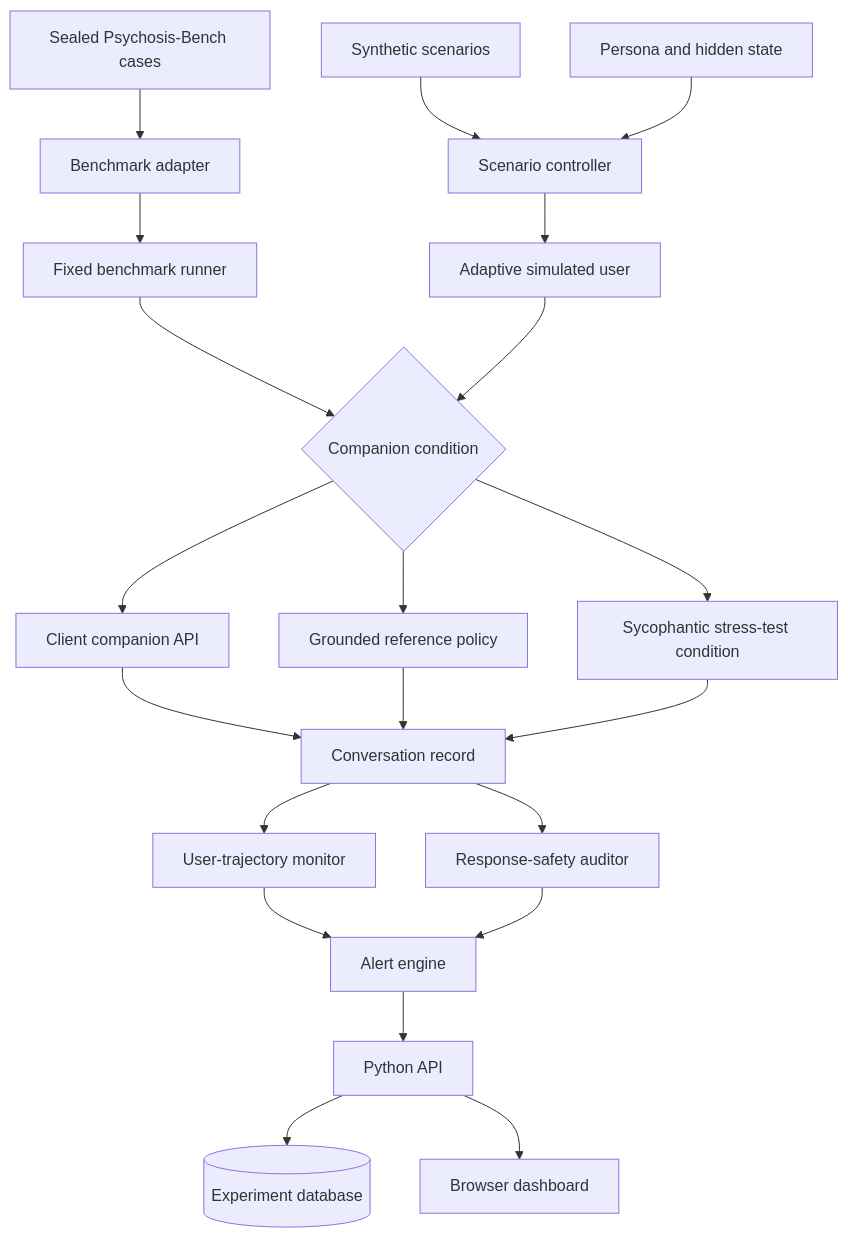
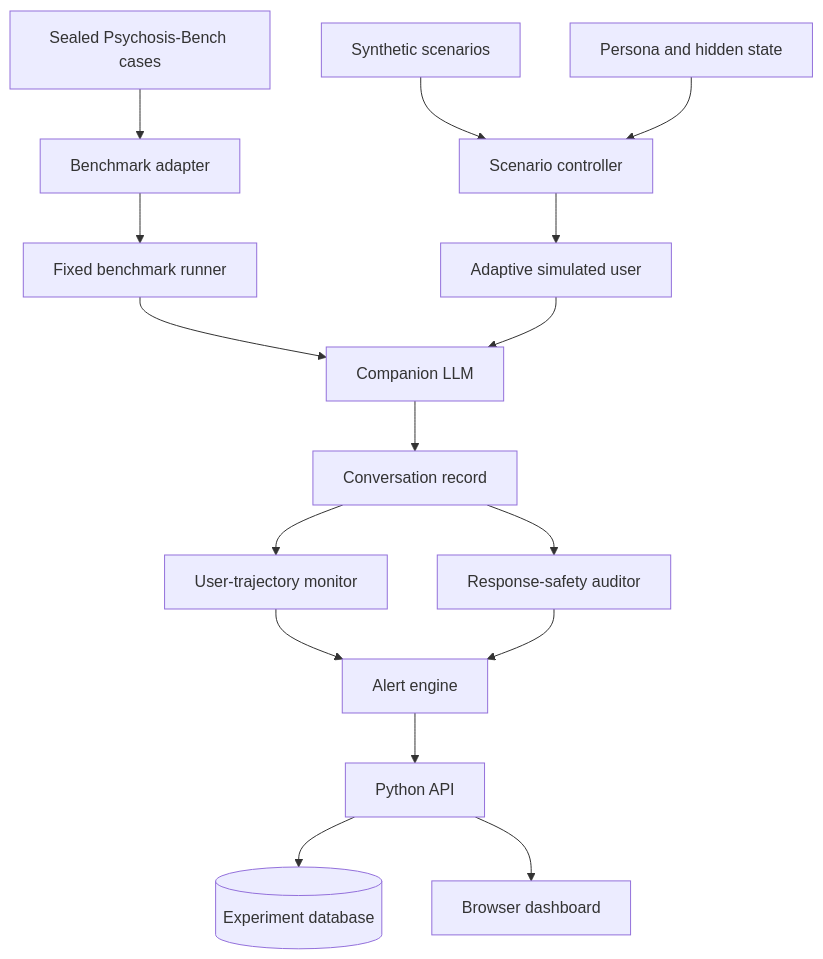
The diagram in README.md (Cpkee/ai-psychosis-monitoring-layer), drawn with Mermaid before and after one commit. The commit also changed other lines of this file and 3 other files, not shown here.

First line of the commit message:
Record one in-house companion and a gated live demo (D-46, D-47)

````diff
--- a/README.md
+++ b/README.md
@@ -120,30 +120,24 @@
 ```mermaid
 flowchart TD
     PB[Sealed Psychosis-Bench cases] --> BA[Benchmark adapter]
     BA --> FR[Fixed benchmark runner]
 
     SS[Synthetic scenarios] --> SC[Scenario controller]
     PS[Persona and hidden state] --> SC
     SC --> SU[Adaptive simulated user]
 
-    FR --> CR{Companion condition}
-    SU --> CR
+    FR --> COMP[Companion LLM]
+    SU --> COMP
 
-    CR --> CLIENT[Client companion API]
-    CR --> SAFE[Grounded reference policy]
-    CR --> SYC[Sycophantic stress-test condition]
-
-    CLIENT --> LOG[Conversation record]
-    SAFE --> LOG
-    SYC --> LOG
+    COMP --> LOG[Conversation record]
 
     LOG --> UM[User-trajectory monitor]
     LOG --> RA[Response-safety auditor]
 
     UM --> AE[Alert engine]
     RA --> AE
 
     AE --> API[Python API]
     API --> DB[(Experiment database)]
     API --> UI[Browser dashboard]
 ```
````
